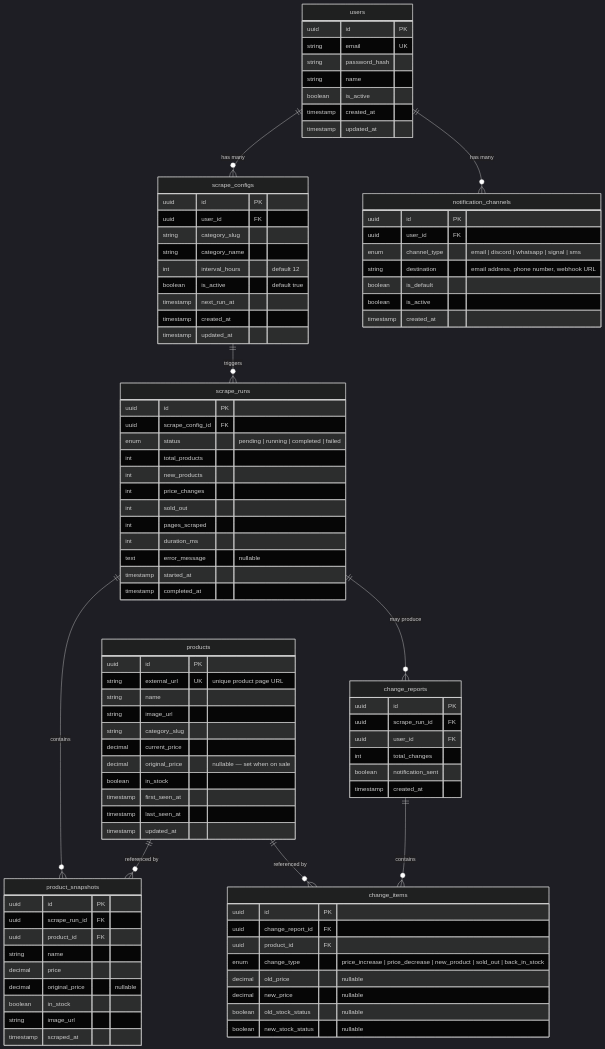
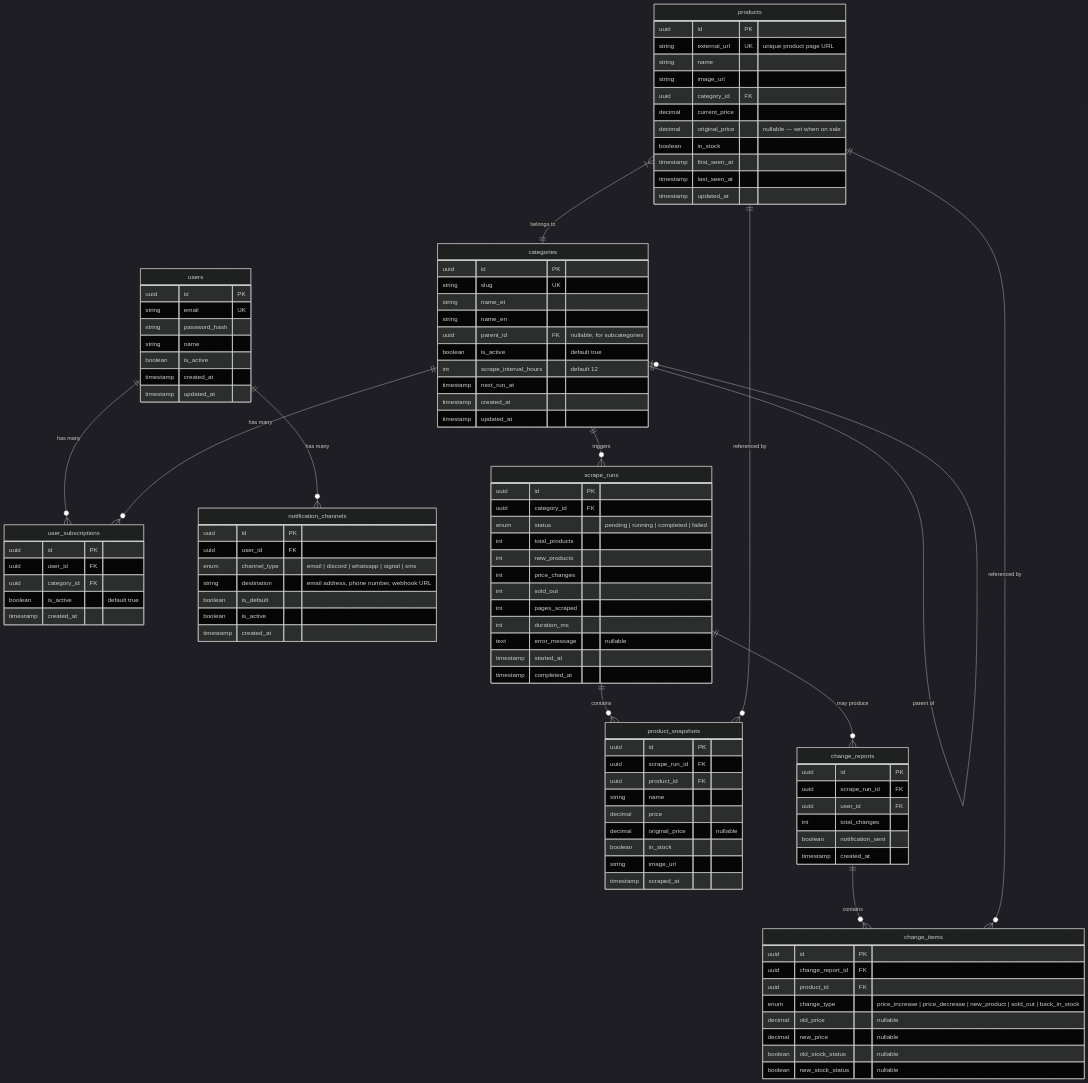
Before and after one commit to fredkorts/scraper: the second of 2 diagrams in REQUIREMENTS.md, drawn with Mermaid (dark theme). The commit also changed other lines of this file and 1 other file, not shown here.

First line of the commit message:
refactor: update PRD and types for hybrid category scraping

````diff
--- a/REQUIREMENTS.md
+++ b/REQUIREMENTS.md
@@ -162,13 +162,16 @@
 ```mermaid
 erDiagram
-    users ||--o{ scrape_configs : "has many"
+    users ||--o{ user_subscriptions : "has many"
     users ||--o{ notification_channels : "has many"
-    scrape_configs ||--o{ scrape_runs : "triggers"
+    categories ||--o{ user_subscriptions : "has many"
+    categories ||--o{ scrape_runs : "triggers"
+    categories ||--o| categories : "parent of"
     scrape_runs ||--o{ product_snapshots : "contains"
     scrape_runs ||--o{ change_reports : "may produce"
     change_reports ||--o{ change_items : "contains"
     products ||--o{ product_snapshots : "referenced by"
     products ||--o{ change_items : "referenced by"
+    products }|--|| categories : "belongs to"
 
     users {
         uuid id PK
@@ -180,21 +183,30 @@
         timestamp updated_at
     }
 
-    scrape_configs {
+    categories {
         uuid id PK
-        uuid user_id FK
-        string category_slug
-        string category_name
-        int interval_hours "default 12"
+        string slug UK
+        string name_et
+        string name_en
+        uuid parent_id FK "nullable, for subcategories"
         boolean is_active "default true"
+        int scrape_interval_hours "default 12"
         timestamp next_run_at
         timestamp created_at
         timestamp updated_at
     }
 
+    user_subscriptions {
+        uuid id PK
+        uuid user_id FK
+        uuid category_id FK
+        boolean is_active "default true"
+        timestamp created_at
+    }
+
     scrape_runs {
         uuid id PK
-        uuid scrape_config_id FK
+        uuid category_id FK
         enum status "pending | running | completed | failed"
         int total_products
         int new_products
@@ -212,7 +224,7 @@
         string external_url UK "unique product page URL"
         string name
         string image_url
-        string category_slug
+        uuid category_id FK
         decimal current_price
         decimal original_price "nullable — set when on sale"
         boolean in_stock
````
